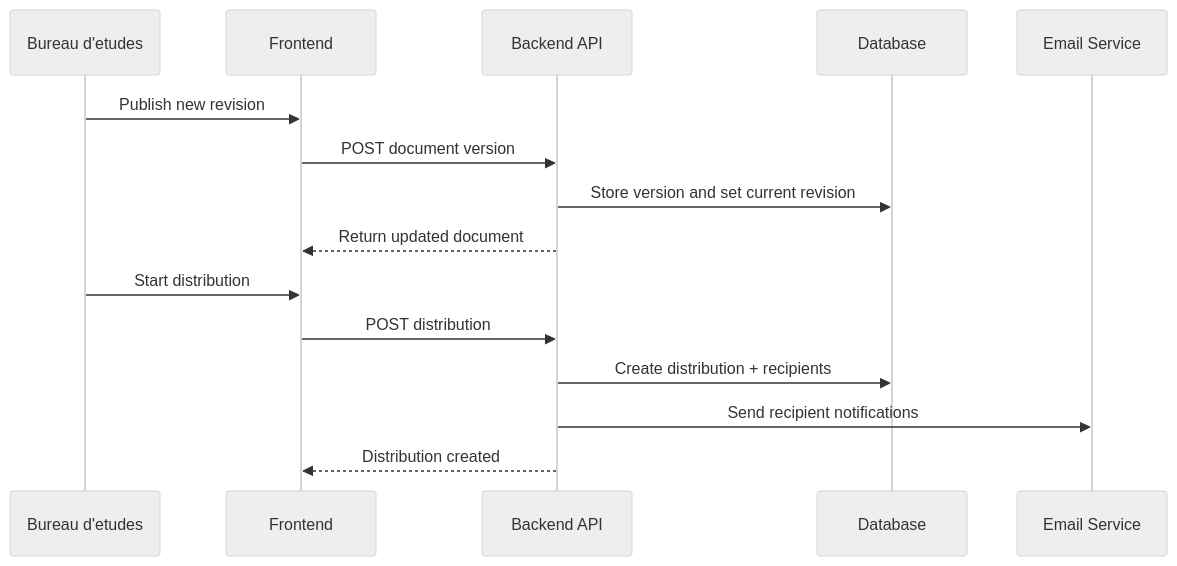
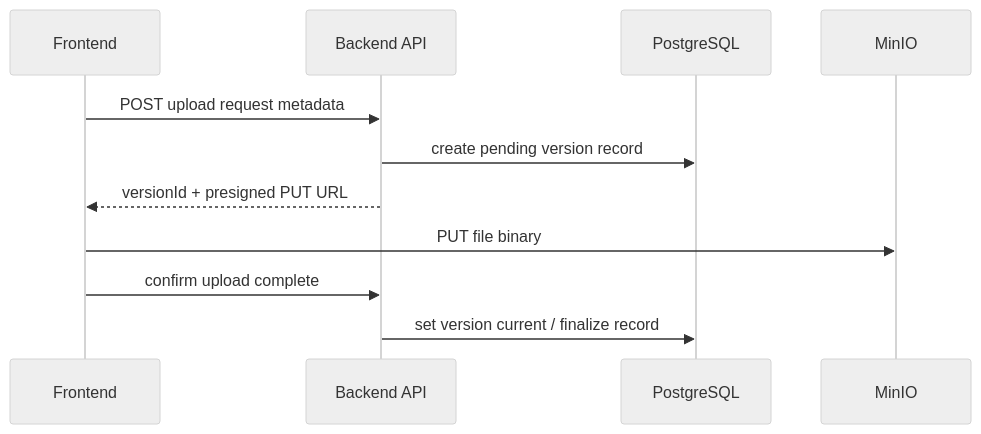
The third of 4 diagrams in docs/technical-infrastructure-documentation.md (Dami-4-21/BNAA-2026-08-19-v0.1.0), drawn with Mermaid (neutral theme) before and after one commit. The commit also changed other lines of this file, not shown here.

````diff
--- a/docs/technical-infrastructure-documentation.md
+++ b/docs/technical-infrastructure-documentation.md
@@ -305,18 +396,14 @@
 ```mermaid
 sequenceDiagram
-  participant BE as Bureau d'etudes
   participant FE as Frontend
   participant API as Backend API
-  participant DB as Database
-  participant Mail as Email Service
+  participant DB as PostgreSQL
+  participant S3 as MinIO
 
-  BE->>FE: Publish new revision
-  FE->>API: POST document version
-  API->>DB: Store version and set current revision
-  API-->>FE: Return updated document
-  BE->>FE: Start distribution
-  FE->>API: POST distribution
-  API->>DB: Create distribution + recipients
-  API->>Mail: Send recipient notifications
-  API-->>FE: Distribution created
+  FE->>API: POST upload request metadata
+  API->>DB: create pending version record
+  API-->>FE: versionId + presigned PUT URL
+  FE->>S3: PUT file binary
+  FE->>API: confirm upload complete
+  API->>DB: set version current / finalize record
 ```
````
